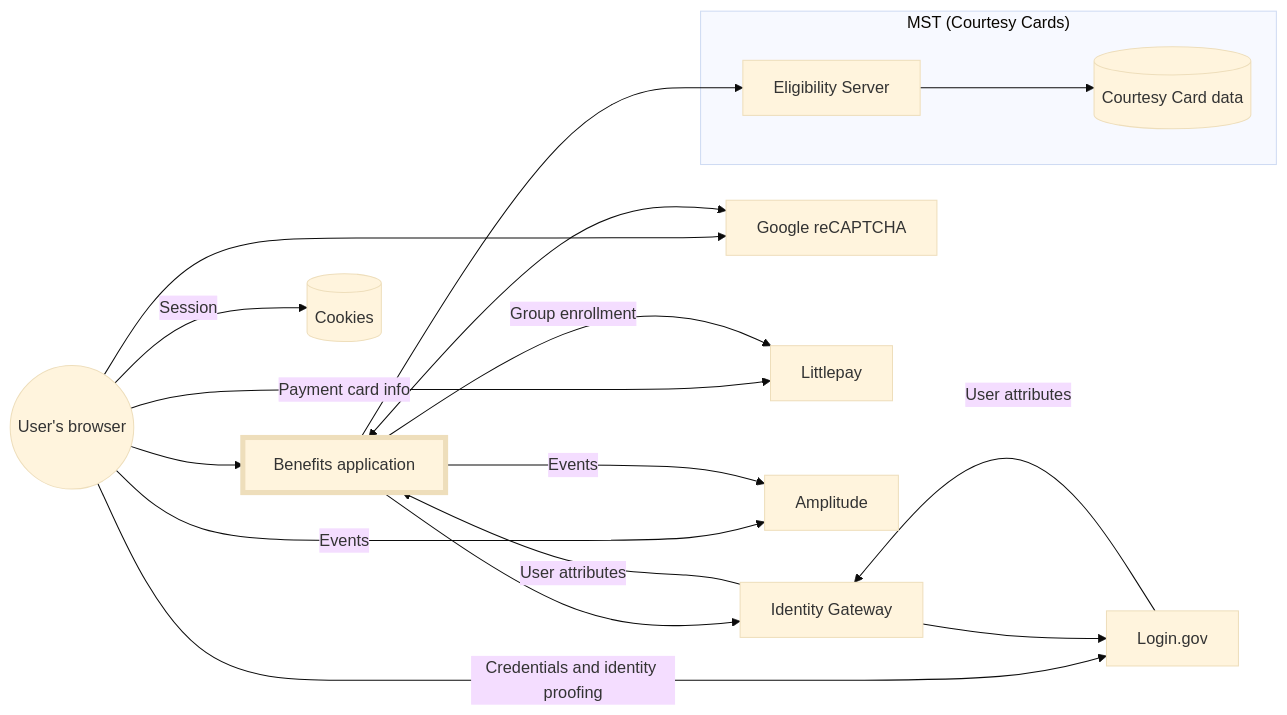
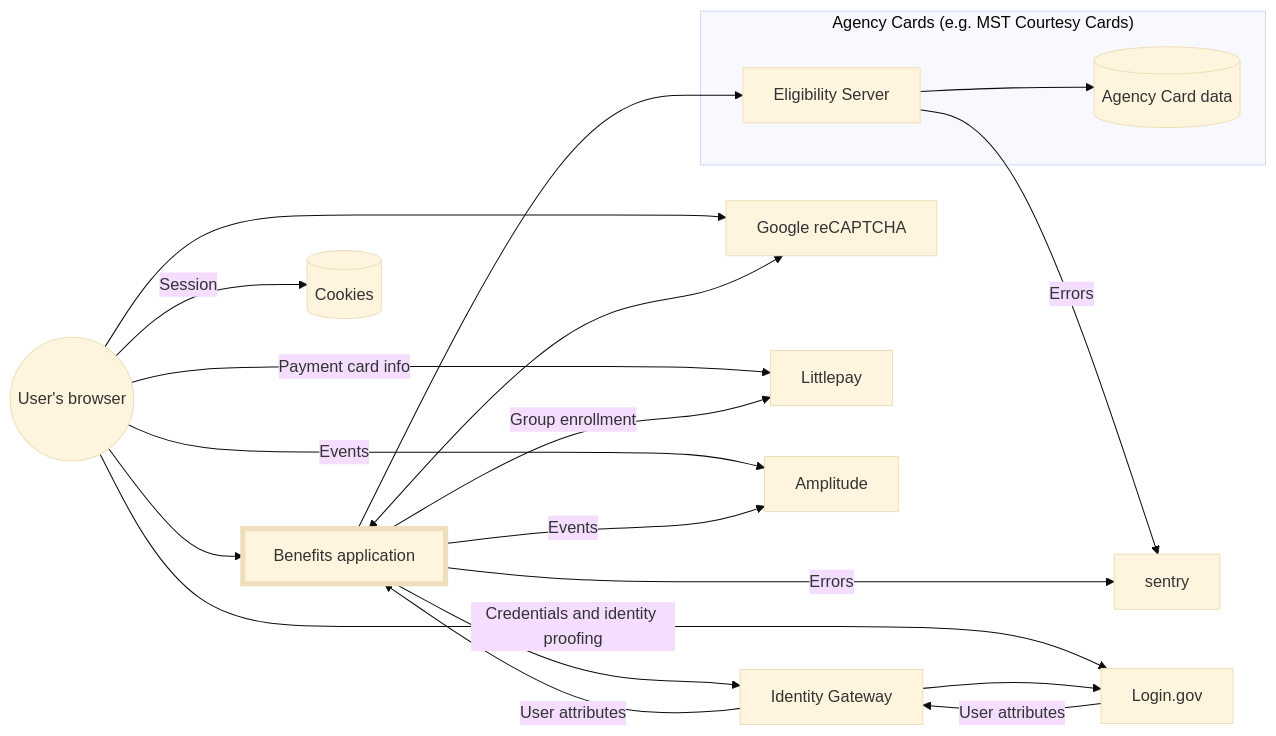
The first of 2 diagrams in docs/deployment/infrastructure.md (cal-itp/benefits), drawn with Mermaid (base theme) before and after one commit.

Commit message:
docs: update interconnections graph
* add sentry
* make more generic Courtesy Cards --> Agency Cards

````diff
--- a/docs/deployment/infrastructure.md
+++ b/docs/deployment/infrastructure.md
@@ -9,36 +9,35 @@
 ```mermaid
 flowchart LR
-    %% DMV integration is currently disabled, hence the lines commented out below
-
-    %% dmv[DMV Eligibility Verification API]
     benefits[Benefits application]
     style benefits stroke-width:5px
     recaptcha[Google reCAPTCHA]
     rider((User's browser))
     idg[Identity Gateway]
-    mst_elig[Eligibility Server]
-    cc_data[(Courtesy Card data)]
+    elig_server[Eligibility Server]
+    cc_data[(Agency Card data)]
     cookies[(Cookies)]
+
+    benefits -->|Errors| sentry
+    elig_server -->|Errors| sentry
 
     rider --> benefits
     rider -->|Credentials and identity proofing| Login.gov
     rider --> recaptcha
     rider -->|Payment card info| Littlepay
     rider -->|Events| Amplitude
     rider -->|Session| cookies
 
     benefits --> idg
     benefits <--> recaptcha
-    %% benefits --> dmv
     benefits -->|Events| Amplitude
     benefits -->|Group enrollment| Littlepay
-    benefits --> mst_elig
+    benefits --> elig_server
 
-    subgraph "MST (Courtesy Cards)"
-    mst_elig --> cc_data
+    subgraph "Agency Cards (e.g. MST Courtesy Cards)"
+    elig_server --> cc_data
     end
 
     idg --> Login.gov
     Login.gov -->|User attributes| idg
     idg -->|User attributes| benefits
 ```
````
